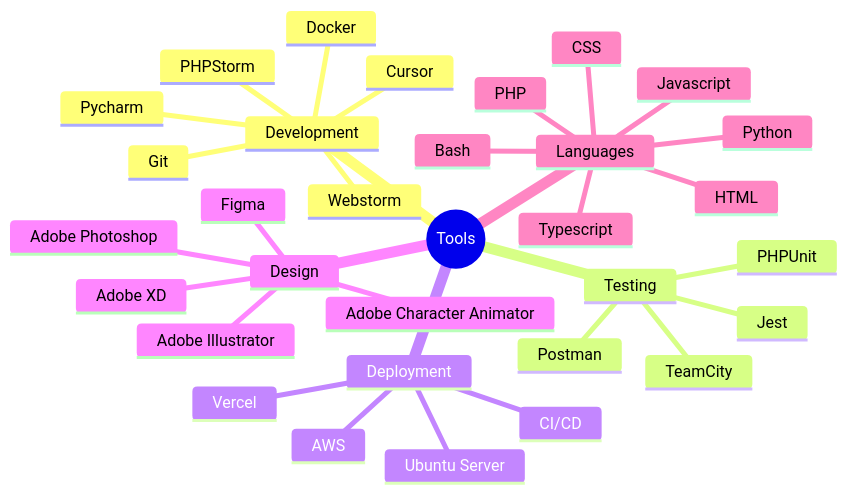
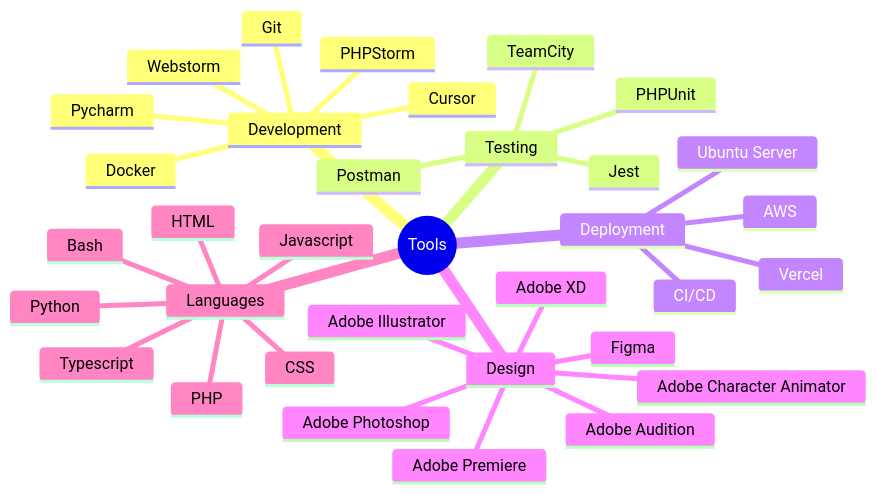
One commit to PasperFection/PasperFection changed the diagram in README.md. Above: the diagram before and after it, drawn with Mermaid.

````diff
--- a/README.md
+++ b/README.md
@@ -6,40 +6,41 @@
 ```mermaid
 mindmap
   root((Tools))
     Development
       Cursor
       Docker
       PHPStorm
       Pycharm
       Webstorm
       Git
 
     Testing
       Jest
       PHPUnit
       TeamCity
       Postman
 
     Deployment
       CI/CD
       AWS
       Vercel
       Ubuntu Server
 
     Design
+      Adobe Audition
       Adobe Character Animator
       Adobe Photoshop
       Adobe Illustrator
+      Adobe Premiere
       Adobe XD
       Figma
 
     Languages
-       HTML
-       CSS
-       Javascript
-       PHP
-       Python
-       Bash
-       Typescript
-
+      HTML
+      CSS
+      Javascript
+      PHP
+      Python
+      Bash
+      Typescript
 ```
````
